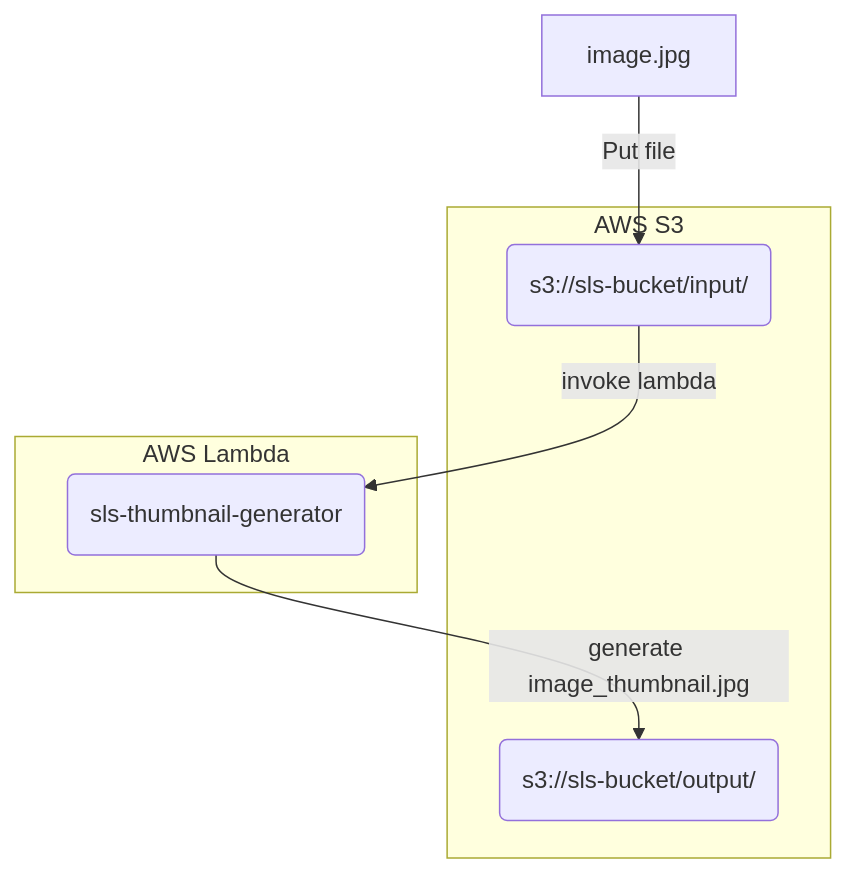
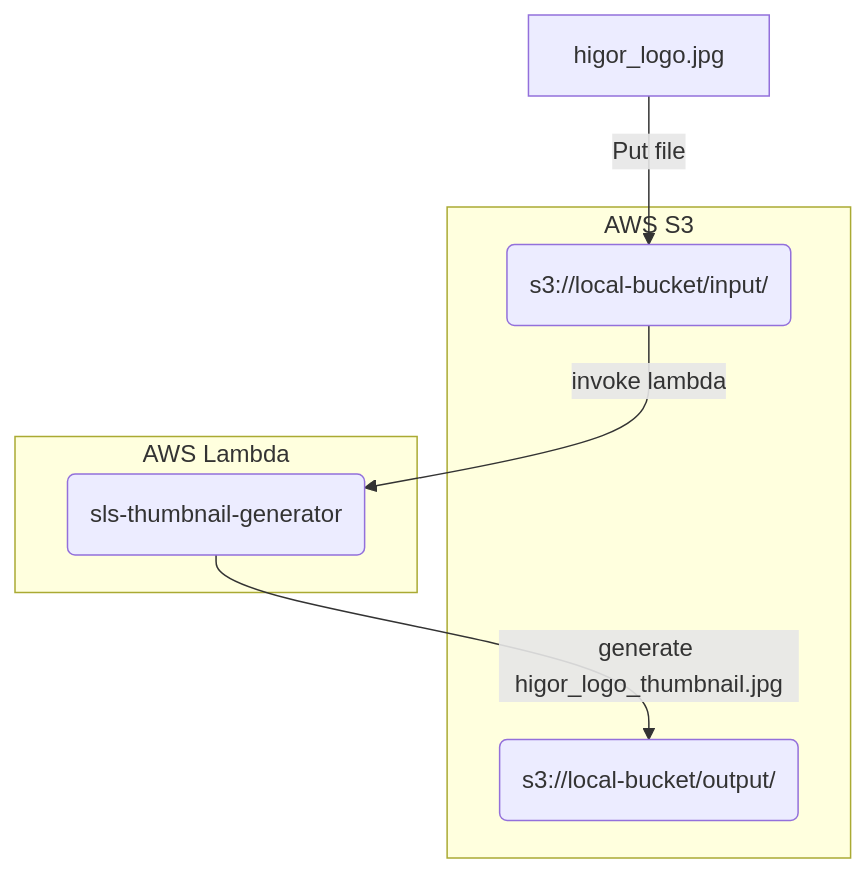
One commit to osmandi/portfolio changed the diagram in thumbnail-generator/README.md. Above: the diagram before and after it, drawn with Mermaid. The commit also changed other lines of this file, not shown here.

Commit message:
Adding documentation plugins and run in local

````diff
--- a/thumbnail-generator/README.md
+++ b/thumbnail-generator/README.md
@@ -14,13 +14,13 @@
 ```mermaid
 flowchart TB
     subgraph "AWS S3"
-    input("s3://sls-bucket/input/")
-    output("s3://sls-bucket/output/")
+    input("s3://local-bucket/input/")
+    output("s3://local-bucket/output/")
     end
     subgraph "AWS Lambda"
     sls("sls-thumbnail-generator")
     end
-    A["image.jpg"] -- Put file --> input
+    A["higor_logo.jpg"] -- Put file --> input
     input -- invoke lambda --> sls
-    sls -- generate image_thumbnail.jpg --> output
+    sls -- generate higor_logo_thumbnail.jpg --> output
 ```
````
